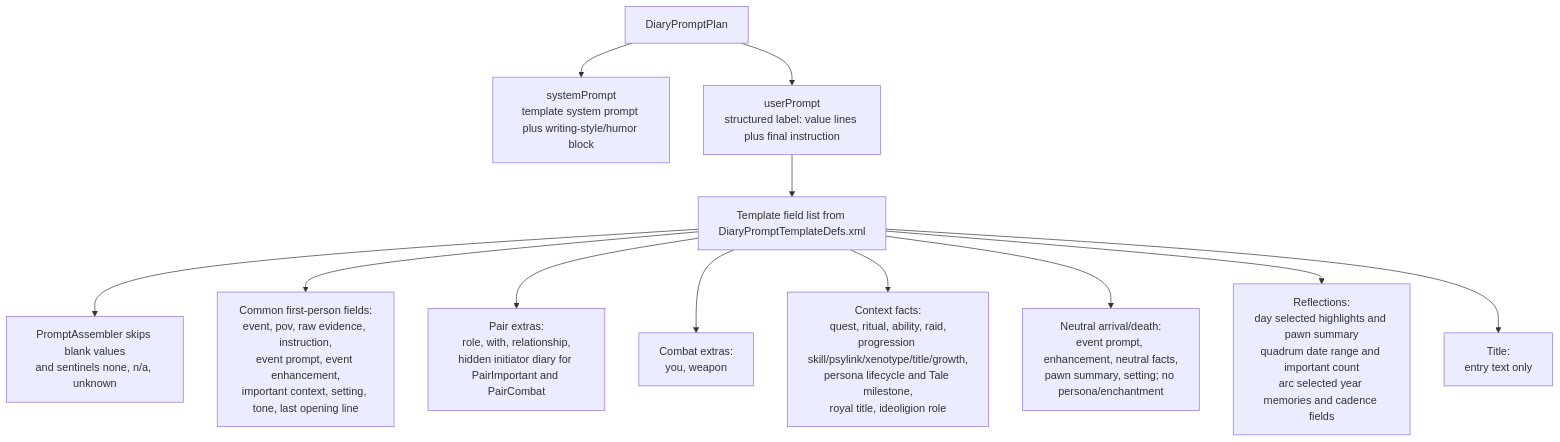
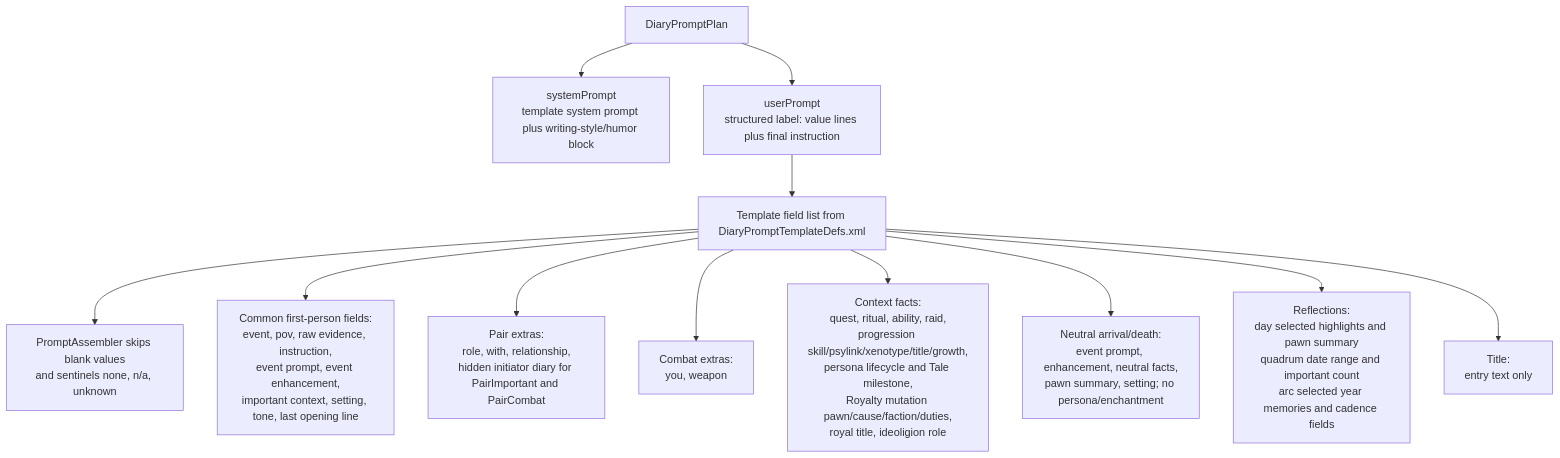
One commit to aimmlegate/PawnDiary changed the sixth of 6 diagrams in EVENT_PROMPT_MAP.md. Above: the diagram before and after it, drawn with Mermaid. The commit also changed other lines of this file and 50 other files, not shown here.

Commit message:
Implement Royalty title and psylink progression

````diff
--- a/EVENT_PROMPT_MAP.md
+++ b/EVENT_PROMPT_MAP.md
@@ -623,14 +638,14 @@
 ```mermaid
 flowchart TD
     Plan["DiaryPromptPlan"] --> System["systemPrompt<br/>template system prompt plus writing-style/humor block"]
     Plan --> User["userPrompt<br/>structured label: value lines plus final instruction"]
     User --> Fields["Template field list from DiaryPromptTemplateDefs.xml"]
     Fields --> Skip["PromptAssembler skips blank values<br/>and sentinels none, n/a, unknown"]
     Fields --> Common["Common first-person fields:<br/>event, pov, raw evidence, instruction,<br/>event prompt, event enhancement,<br/>important context, setting, tone, last opening line"]
     Fields --> PairFields["Pair extras:<br/>role, with, relationship,<br/>hidden initiator diary for PairImportant and PairCombat"]
     Fields --> CombatFields["Combat extras:<br/>you, weapon"]
-    Fields --> SourceFacts["Context facts:<br/>quest, ritual, ability, raid,<br/>progression skill/psylink/xenotype/title/growth,<br/>persona lifecycle and Tale milestone,<br/>royal title, ideoligion role"]
+    Fields --> SourceFacts["Context facts:<br/>quest, ritual, ability, raid,<br/>progression skill/psylink/xenotype/title/growth,<br/>persona lifecycle and Tale milestone,<br/>Royalty mutation pawn/cause/faction/duties,<br/>royal title, ideoligion role"]
     Fields --> Boundary["Neutral arrival/death:<br/>event prompt, enhancement, neutral facts,<br/>pawn summary, setting; no persona/enchantment"]
     Fields --> Reflection["Reflections:<br/>day selected highlights and pawn summary<br/>quadrum date range and important count<br/>arc selected year memories and cadence fields"]
     Fields --> Title["Title:<br/>entry text only"]
 ```
````
